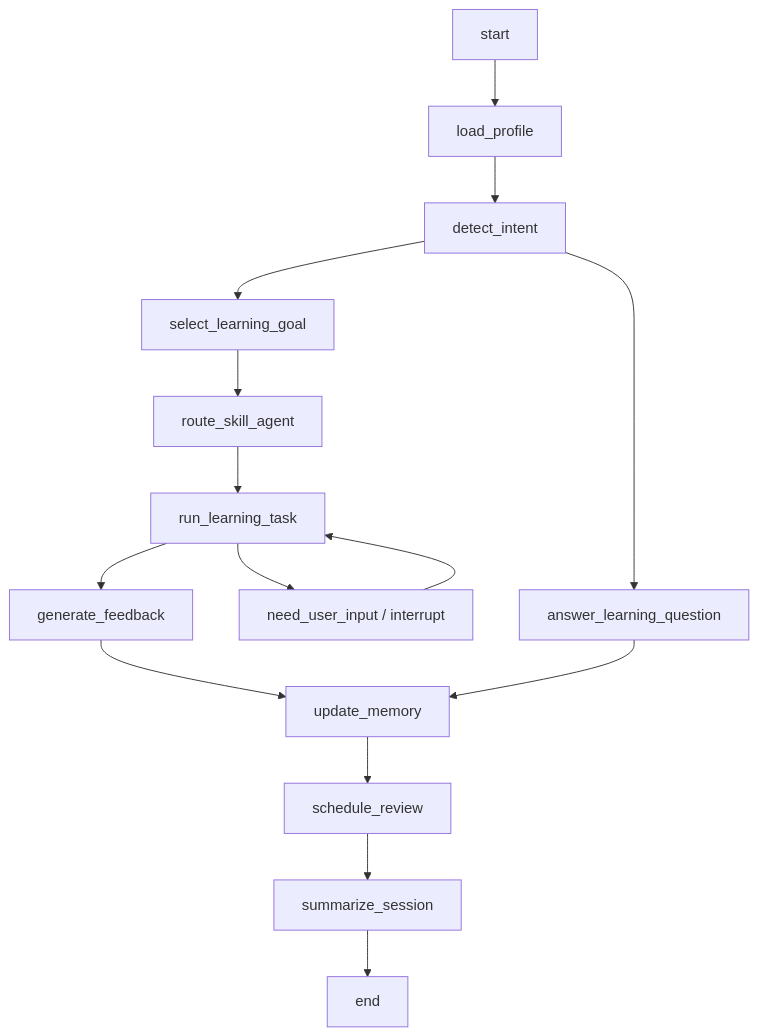
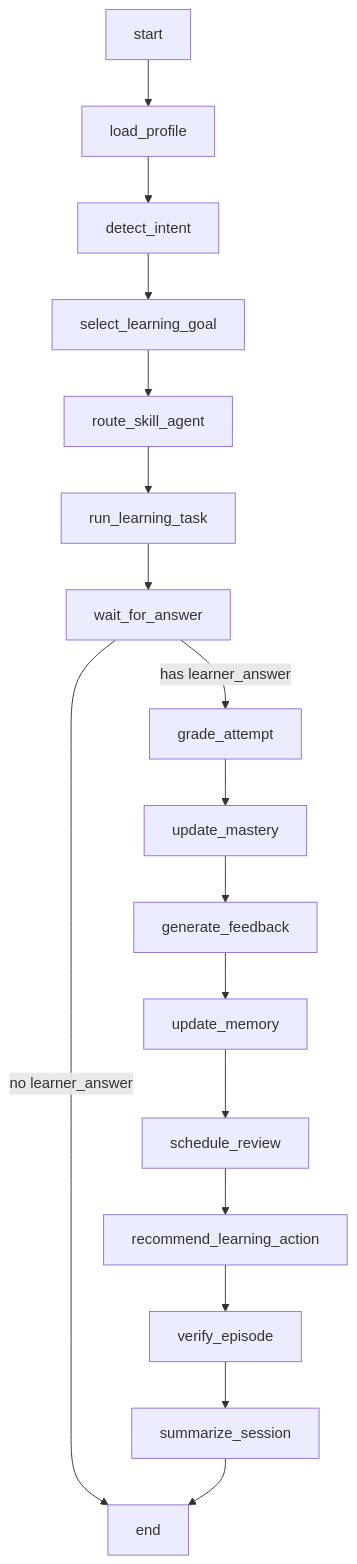
Before and after one commit to paras0l/BinnAgent: the diagram in docs/architecture/02-langgraph-runtime.md, drawn with Mermaid. The commit also changed other lines of this file and 33 other files, not shown here.

````diff
--- a/docs/architecture/02-langgraph-runtime.md
+++ b/docs/architecture/02-langgraph-runtime.md
@@ -44,19 +52,19 @@
 ```mermaid
 flowchart TD
     Start["start"] --> Load["load_profile"]
     Load --> Intent["detect_intent"]
     Intent --> Goal["select_learning_goal"]
     Goal --> Route["route_skill_agent"]
     Route --> Task["run_learning_task"]
-    Task --> Feedback["generate_feedback"]
+    Task --> Wait["wait_for_answer"]
+    Wait -->|"no learner_answer"| End["end / waiting_user"]
+    Wait -->|"has learner_answer"| Grade["grade_attempt"]
+    Grade --> Mastery["update_mastery"]
+    Mastery --> Feedback["generate_feedback"]
     Feedback --> Memory["update_memory"]
     Memory --> Review["schedule_review"]
-    Review --> Summary["summarize_session"]
+    Review --> Recommend["recommend_learning_action"]
+    Recommend --> Verify["verify_episode"]
+    Verify --> Summary["summarize_session"]
     Summary --> End["end"]
-
-    Intent --> QA["answer_learning_question"]
-    QA --> Memory
-
-    Task --> Interrupt["need_user_input / interrupt"]
-    Interrupt --> Task
 ```
````
